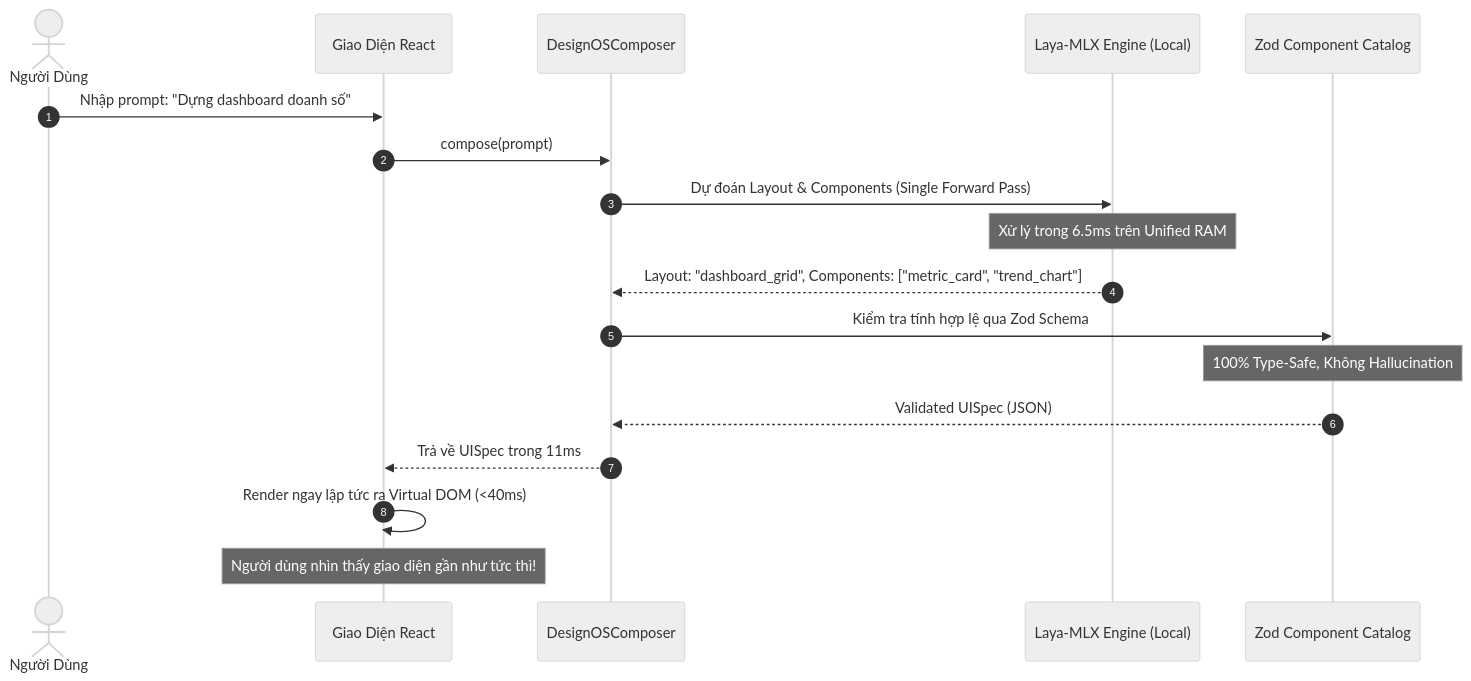
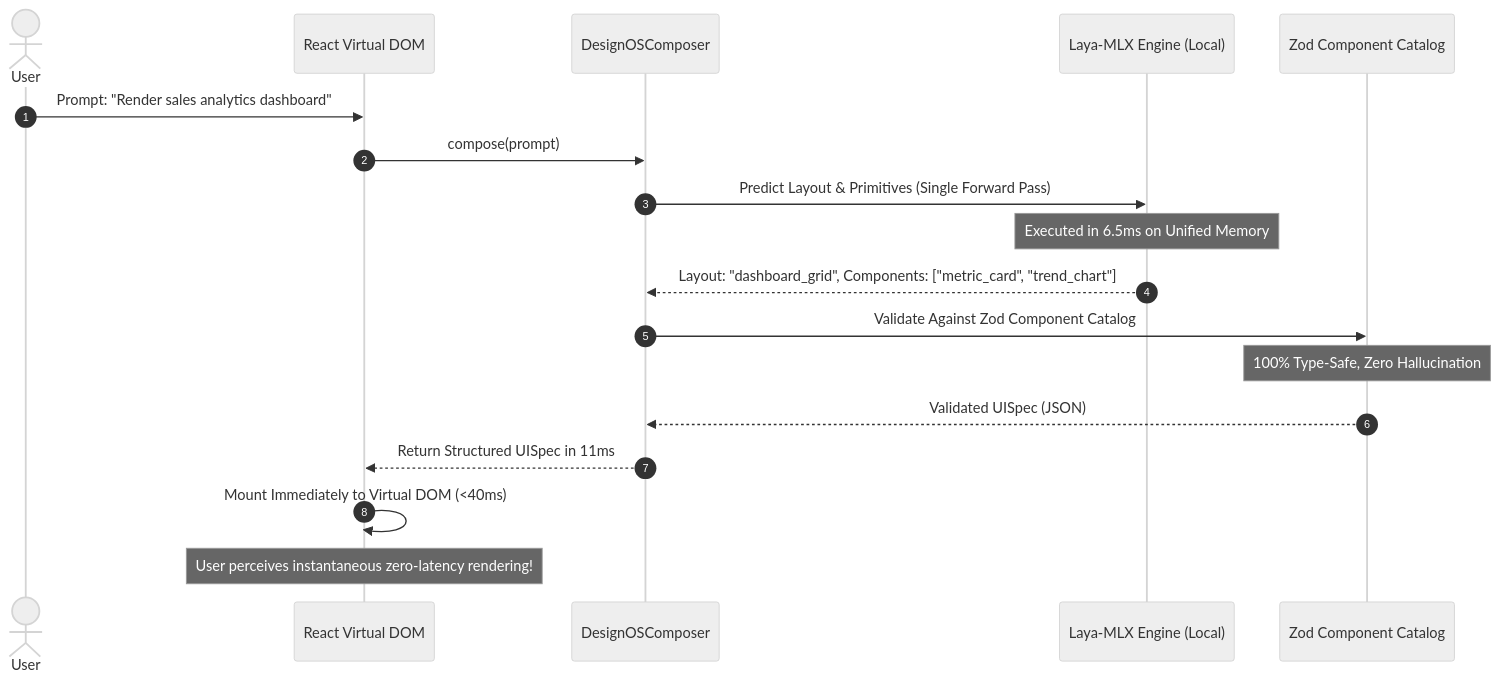
Before and after one commit to jangtrinh/design-os-system-one: the fourth of 4 diagrams in docs/case-study.md, drawn with Mermaid (neutral theme). The commit also changed other lines of this file and 261 other files, not shown here.

````diff
--- a/docs/case-study.md
+++ b/docs/case-study.md
@@ -241,21 +239,21 @@
 ```mermaid
 sequenceDiagram
     autonumber
-    actor User as Người Dùng
-    participant UI as Giao Diện React
+    actor User as User
+    participant UI as React Virtual DOM
     participant Composer as DesignOSComposer
     participant Laya as Laya-MLX Engine (Local)
     participant Catalog as Zod Component Catalog
 
-    User->>UI: Nhập prompt: "Dựng dashboard doanh số"
+    User->>UI: Prompt: "Render sales analytics dashboard"
     UI->>Composer: compose(prompt)
-    Composer->>Laya: Dự đoán Layout & Components (Single Forward Pass)
-    Note over Laya: Xử lý trong 6.5ms trên Unified RAM
+    Composer->>Laya: Predict Layout & Primitives (Single Forward Pass)
+    Note over Laya: Executed in 6.5ms on Unified Memory
     Laya-->>Composer: Layout: "dashboard_grid", Components: ["metric_card", "trend_chart"]
-    Composer->>Catalog: Kiểm tra tính hợp lệ qua Zod Schema
-    Note over Catalog: 100% Type-Safe, Không Hallucination
+    Composer->>Catalog: Validate Against Zod Component Catalog
+    Note over Catalog: 100% Type-Safe, Zero Hallucination
     Catalog-->>Composer: Validated UISpec (JSON)
-    Composer-->>UI: Trả về UISpec trong 11ms
-    UI->>UI: Render ngay lập tức ra Virtual DOM (<40ms)
-    Note over UI: Người dùng nhìn thấy giao diện gần như tức thì!
+    Composer-->>UI: Return Structured UISpec in 11ms
+    UI->>UI: Mount Immediately to Virtual DOM (<40ms)
+    Note over UI: User perceives instantaneous zero-latency rendering!
 ```
````
